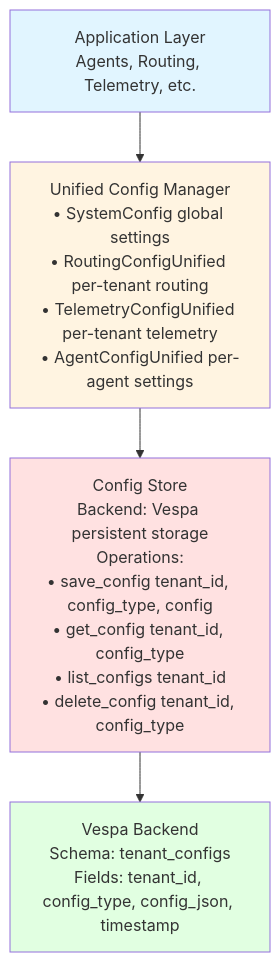
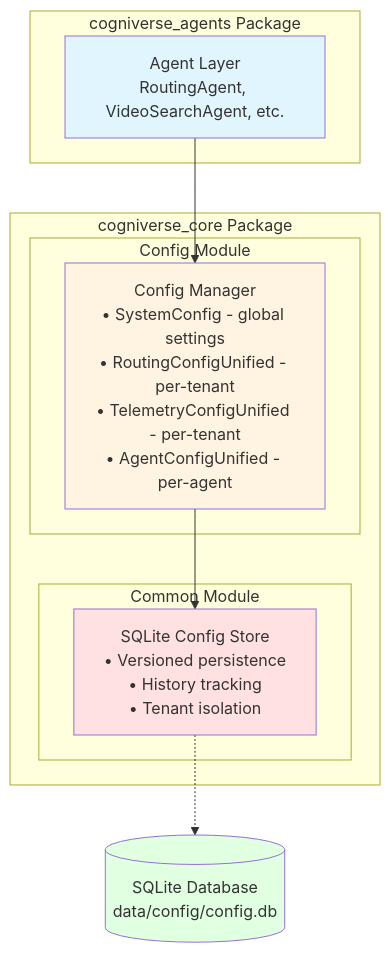
The first of 4 diagrams in docs/modules/common.md (amit-jain/cogniverse), drawn with Mermaid before and after one commit. The commit also changed other lines of this file and 25 other files, not shown here.

````diff
--- a/docs/modules/common.md
+++ b/docs/modules/common.md
@@ -53,13 +68,25 @@
 ```mermaid
 graph TB
-    AppLayer[Application Layer<br/>Agents, Routing, Telemetry, etc.] --> ConfigManager[Unified Config Manager<br/>• SystemConfig global settings<br/>• RoutingConfigUnified per-tenant routing<br/>• TelemetryConfigUnified per-tenant telemetry<br/>• AgentConfigUnified per-agent settings]
+    subgraph "cogniverse_agents Package"
+        AgentLayer[Agent Layer<br/>RoutingAgent, VideoSearchAgent, etc.]
+    end
 
-    ConfigManager --> ConfigStore[Config Store<br/>Backend: Vespa persistent storage<br/>Operations:<br/>• save_config tenant_id, config_type, config<br/>• get_config tenant_id, config_type<br/>• list_configs tenant_id<br/>• delete_config tenant_id, config_type]
+    subgraph "cogniverse_core Package"
+        subgraph "Config Module"
+            ConfigManager[Config Manager<br/>• SystemConfig - global settings<br/>• RoutingConfigUnified - per-tenant<br/>• TelemetryConfigUnified - per-tenant<br/>• AgentConfigUnified - per-agent]
+        end
 
-    ConfigStore --> VespaBackend[Vespa Backend<br/>Schema: tenant_configs<br/>Fields: tenant_id, config_type, config_json, timestamp]
+        subgraph "Common Module"
+            ConfigStore[SQLite Config Store<br/>• Versioned persistence<br/>• History tracking<br/>• Tenant isolation]
+        end
+    end
 
-    style AppLayer fill:#e1f5ff
+    AgentLayer --> ConfigManager
+    ConfigManager --> ConfigStore
+    ConfigStore -.-> DB[(SQLite Database<br/>data/config/config.db)]
+
+    style AgentLayer fill:#e1f5ff
     style ConfigManager fill:#fff4e1
     style ConfigStore fill:#ffe1e1
-    style VespaBackend fill:#e1ffe1
+    style DB fill:#e1ffe1
 ```
````
